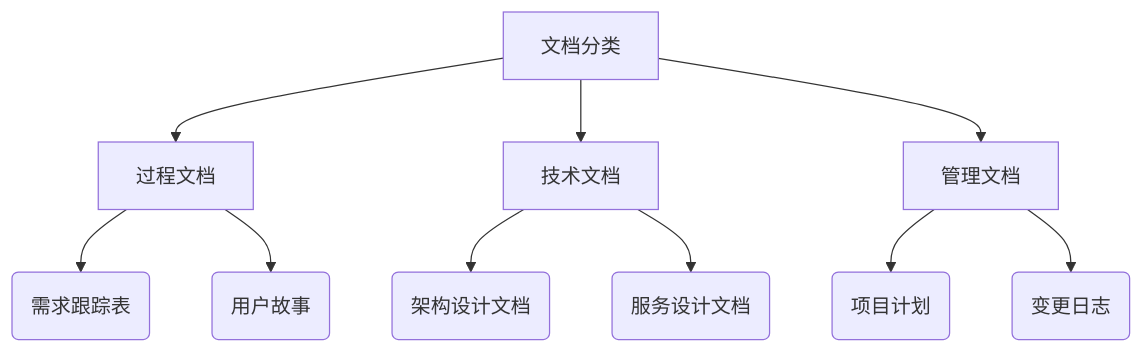
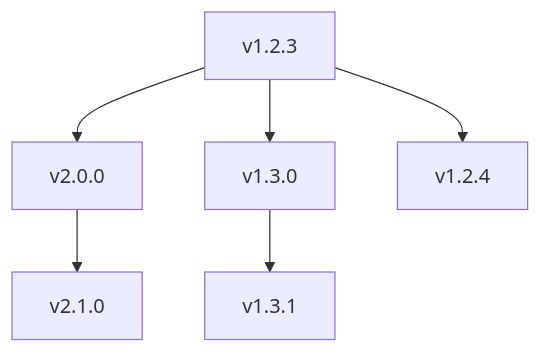
The diagram in docs/README_AICO_DOC_CN.md (Caijiacheng/MetaGPT), drawn with Mermaid before and after one commit. The commit also changed other lines of this file, not shown here.

````diff
--- a/docs/README_AICO_DOC_CN.md
+++ b/docs/README_AICO_DOC_CN.md
@@ -4,12 +291,8 @@
 ```mermaid
 graph TD
-    A[文档分类] --> B[过程文档]
-    A --> C[技术文档]
-    A --> D[管理文档]
-    B --> B1(需求跟踪表)
-    B --> B2(用户故事)
-    C --> C1(架构设计文档)
-    C --> C2(服务设计文档)
-    D --> D1(项目计划)
-    D --> D2(变更日志)
+    A[v1.2.3] --> B[v2.0.0]
+    A --> C[v1.3.0]
+    A --> D[v1.2.4]
+    C --> E[v1.3.1]
+    B --> F[v2.1.0]
 ```
````
